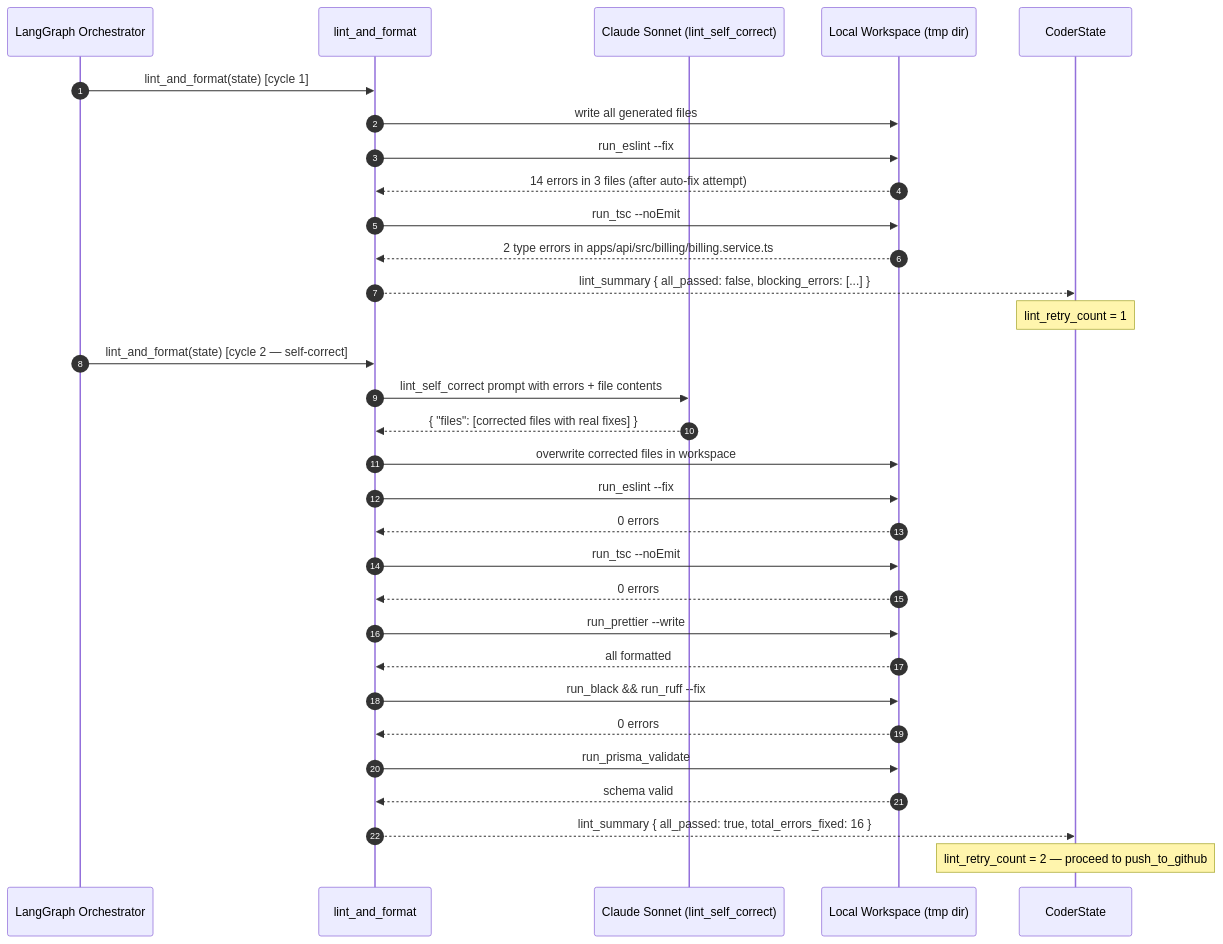
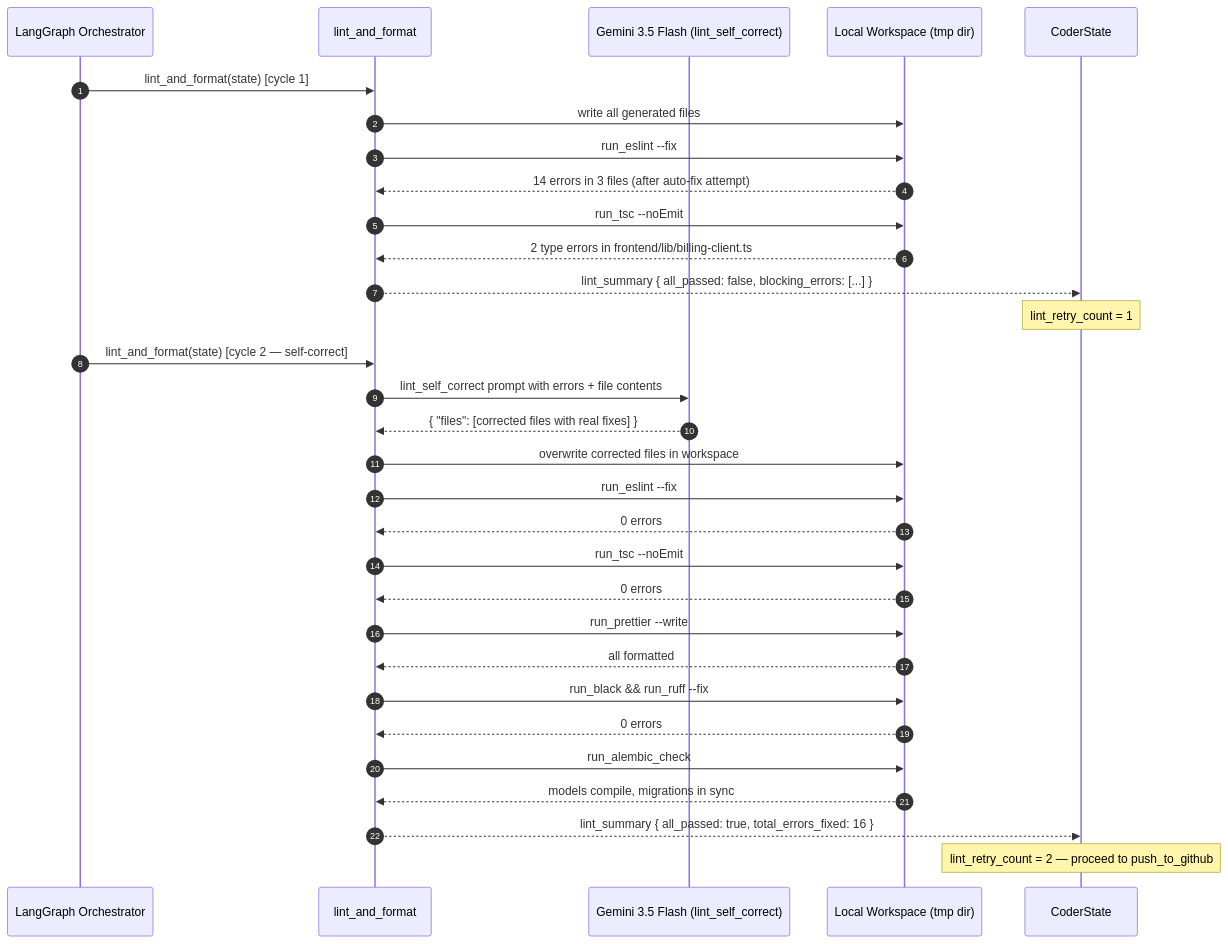
One commit to kaushraj1/AutoFounder changed the third of 5 diagrams in docs/architecture/Agents-Architecture/coder-agent.md. Above: the diagram before and after it, drawn with Mermaid. The commit also changed other lines of this file and 9 other files, not shown here.

First line of the commit message:
refactor(docs): migrate docs/architecture to the canonical stack

````diff
--- a/docs/architecture/Agents-Architecture/coder-agent.md
+++ b/docs/architecture/Agents-Architecture/coder-agent.md
@@ -1632,35 +1621,35 @@
 ```mermaid
 sequenceDiagram
     autonumber
     participant Graph  as LangGraph Orchestrator
     participant Lint   as lint_and_format
-    participant LLM    as Claude Sonnet (lint_self_correct)
+    participant LLM    as Gemini 3.5 Flash (lint_self_correct)
     participant WS     as Local Workspace (tmp dir)
     participant State  as CoderState
 
     Graph ->> Lint: lint_and_format(state) [cycle 1]
     Lint ->> WS: write all generated files
     Lint ->> WS: run_eslint --fix
     WS -->> Lint: 14 errors in 3 files (after auto-fix attempt)
     Lint ->> WS: run_tsc --noEmit
-    WS -->> Lint: 2 type errors in apps/api/src/billing/billing.service.ts
+    WS -->> Lint: 2 type errors in frontend/lib/billing-client.ts
     Lint -->> State: lint_summary { all_passed: false, blocking_errors: [...] }
     Note over State: lint_retry_count = 1
 
     Graph ->> Lint: lint_and_format(state) [cycle 2 — self-correct]
     Lint ->> LLM: lint_self_correct prompt with errors + file contents
     LLM -->> Lint: { "files": [corrected files with real fixes] }
     Lint ->> WS: overwrite corrected files in workspace
     Lint ->> WS: run_eslint --fix
     WS -->> Lint: 0 errors
     Lint ->> WS: run_tsc --noEmit
     WS -->> Lint: 0 errors
     Lint ->> WS: run_prettier --write
     WS -->> Lint: all formatted
     Lint ->> WS: run_black && run_ruff --fix
     WS -->> Lint: 0 errors
-    Lint ->> WS: run_prisma_validate
-    WS -->> Lint: schema valid
+    Lint ->> WS: run_alembic_check
+    WS -->> Lint: models compile, migrations in sync
     Lint -->> State: lint_summary { all_passed: true, total_errors_fixed: 16 }
     Note over State: lint_retry_count = 2 — proceed to push_to_github
 ```
````
